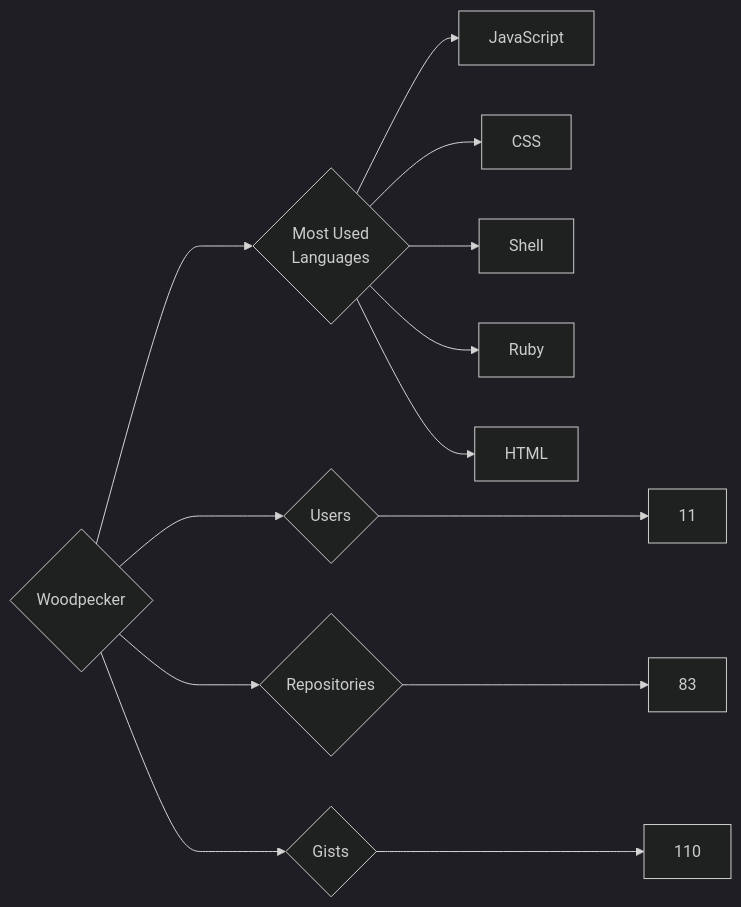
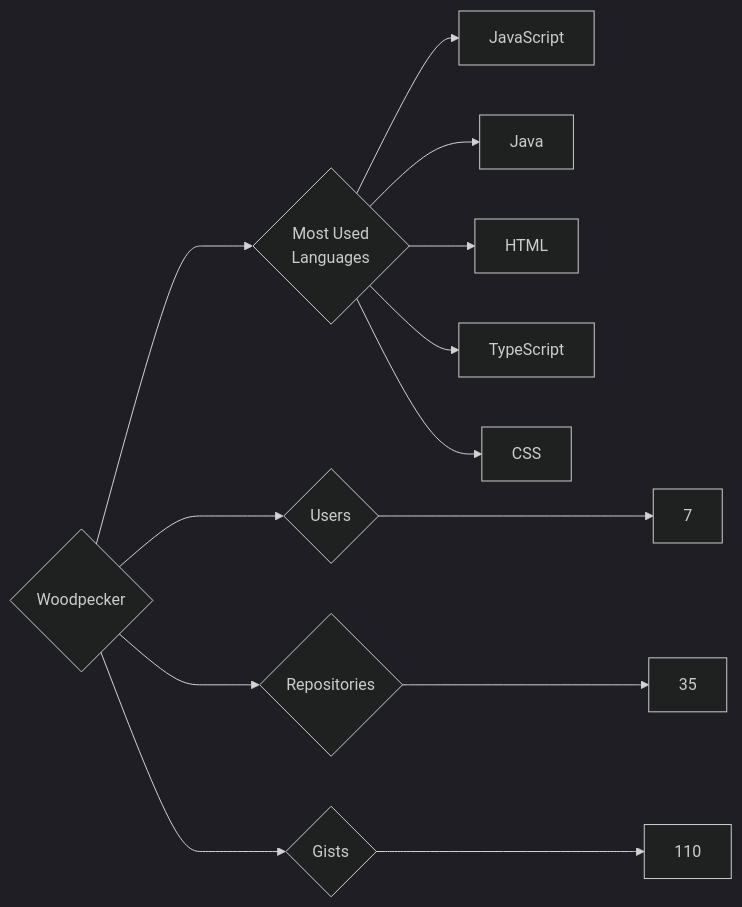
The diagram in targets/Woodpecker/README.md (trickest/insiders), drawn with Mermaid (dark theme) before and after one commit. The commit also changed 976 other files, not shown here.

````diff
--- a/targets/Woodpecker/README.md
+++ b/targets/Woodpecker/README.md
@@ -3,13 +3,13 @@
 ```mermaid
 graph LR
 COMPANY_NAME{Woodpecker}
-COMPANY_NAME ---> U{Users} ---> UN[11]
-COMPANY_NAME ---> R{Repositories} ---> RN[83]
+COMPANY_NAME ---> U{Users} ---> UN[7]
+COMPANY_NAME ---> R{Repositories} ---> RN[35]
 COMPANY_NAME ---> G{Gists} ---> GN[110]
 COMPANY_NAME ---> ML{Most Used<br>Languages}
 ML --> JavaScript[JavaScript]
+ML --> Java[Java]
+ML --> HTML[HTML]
+ML --> TypeScript[TypeScript]
 ML --> CSS[CSS]
-ML --> Shell[Shell]
-ML --> Ruby[Ruby]
-ML --> HTML[HTML]
 ```
````
